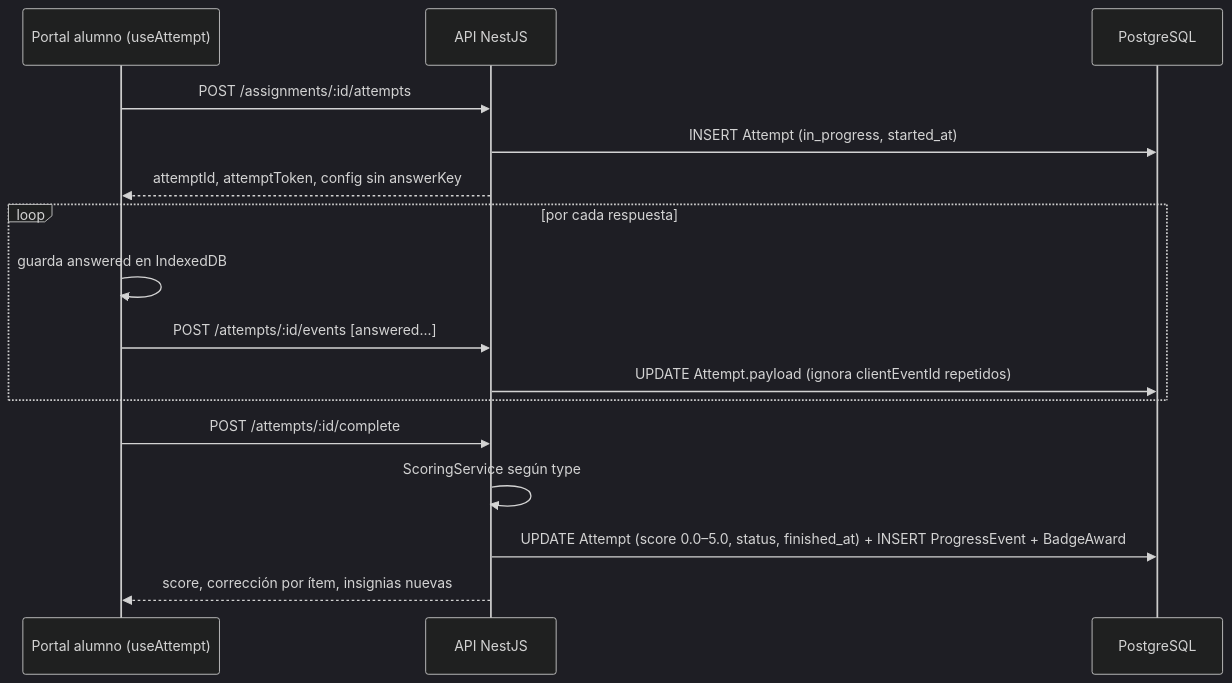
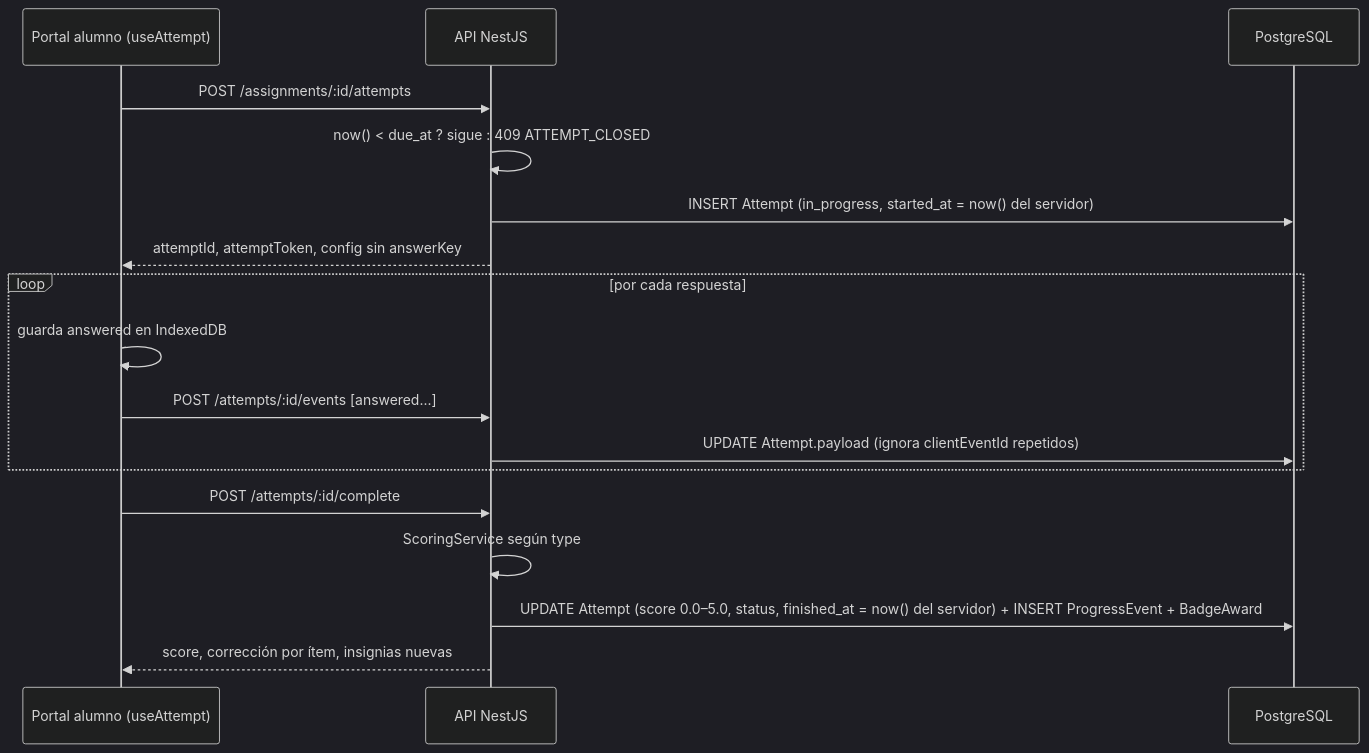
One commit to Samuel-Duque/englove changed the fourth of 5 diagrams in planning/architecture-overview.md. Above: the diagram before and after it, drawn with Mermaid (dark theme). The commit also changed other lines of this file and 5 other files, not shown here.

````diff
--- a/planning/architecture-overview.md
+++ b/planning/architecture-overview.md
@@ -476,18 +557,19 @@
 ```mermaid
 sequenceDiagram
   participant S as Portal alumno (useAttempt)
   participant A as API NestJS
   participant DB as PostgreSQL
   S->>A: POST /assignments/:id/attempts
-  A->>DB: INSERT Attempt (in_progress, started_at)
+  A->>A: now() < due_at ? sigue : 409 ATTEMPT_CLOSED
+  A->>DB: INSERT Attempt (in_progress, started_at = now() del servidor)
   A-->>S: attemptId, attemptToken, config sin answerKey
   loop por cada respuesta
     S->>S: guarda answered en IndexedDB
     S->>A: POST /attempts/:id/events [answered...]
     A->>DB: UPDATE Attempt.payload (ignora clientEventId repetidos)
   end
   S->>A: POST /attempts/:id/complete
   A->>A: ScoringService según type
-  A->>DB: UPDATE Attempt (score 0.0–5.0, status, finished_at) + INSERT ProgressEvent + BadgeAward
+  A->>DB: UPDATE Attempt (score 0.0–5.0, status, finished_at = now() del servidor) + INSERT ProgressEvent + BadgeAward
   A-->>S: score, corrección por ítem, insignias nuevas
 ```
````
